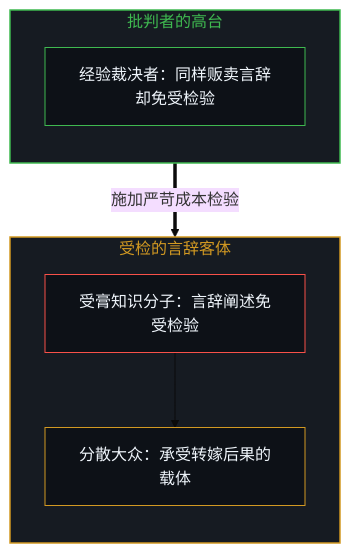
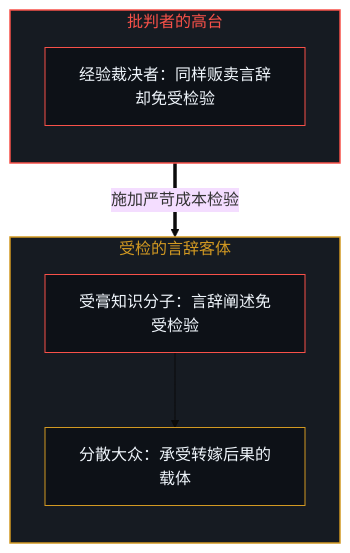
The fifth of 8 diagrams in content/posts/the-unexamined-critic.md (powerpig99/not-a-toe), drawn with Mermaid (base theme) before and after one commit. The commit also changed other lines of this file and 9 other files, not shown here.

````diff
--- a/content/posts/the-unexamined-critic.md
+++ b/content/posts/the-unexamined-critic.md
@@ -133,19 +133,19 @@
 ```mermaid
 flowchart TD
     subgraph S_Critic ["批判者的高台"]
         direction TB
         CriticSeat["经验裁决者：同样贩卖言辞却免受检验"]
     end
     subgraph S_Anointed ["受检的言辞客体"]
         direction TB
         AnointedUnits["受膏知识分子：言辞阐述免受检验"]
         MarketReality["分散大众：承受转嫁后果的载体"]
         AnointedUnits --> MarketReality
     end
     S_Critic ==> |施加严苛成本检验| S_Anointed
-    style S_Critic fill:#161b22,stroke:#3fb950,stroke-width:1.5px,color:#3fb950
+    style S_Critic fill:#161b22,stroke:#f85149,stroke-width:1.5px,color:#f85149
     style S_Anointed fill:#161b22,stroke:#d29922,stroke-width:1.5px,color:#d29922
-    style CriticSeat fill:#0d1117,stroke:#3fb950,stroke-width:1px,color:#f0f6fc
+    style CriticSeat fill:#0d1117,stroke:#f85149,stroke-width:1px,color:#f0f6fc
     style AnointedUnits fill:#0d1117,stroke:#f85149,stroke-width:1px,color:#f0f6fc
     style MarketReality fill:#0d1117,stroke:#d29922,stroke-width:1px,color:#f0f6fc
 ```
````
